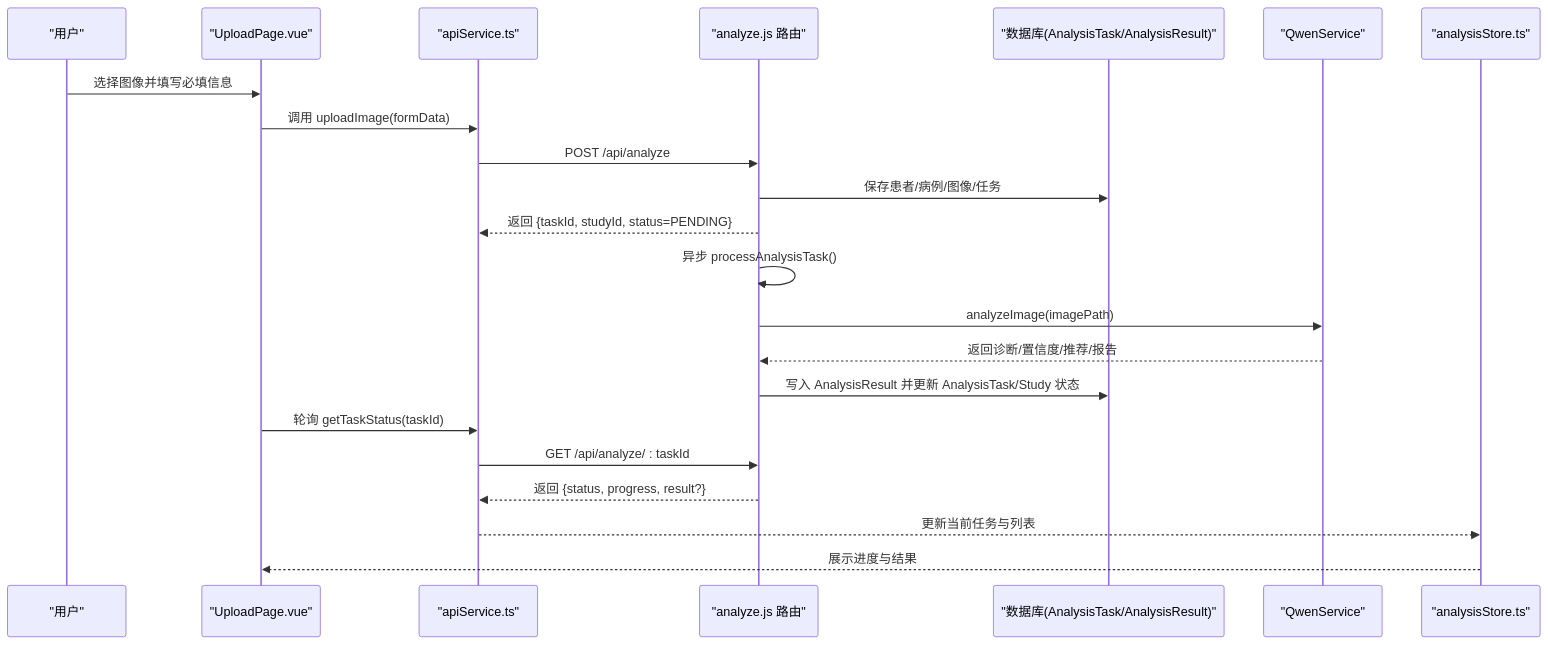
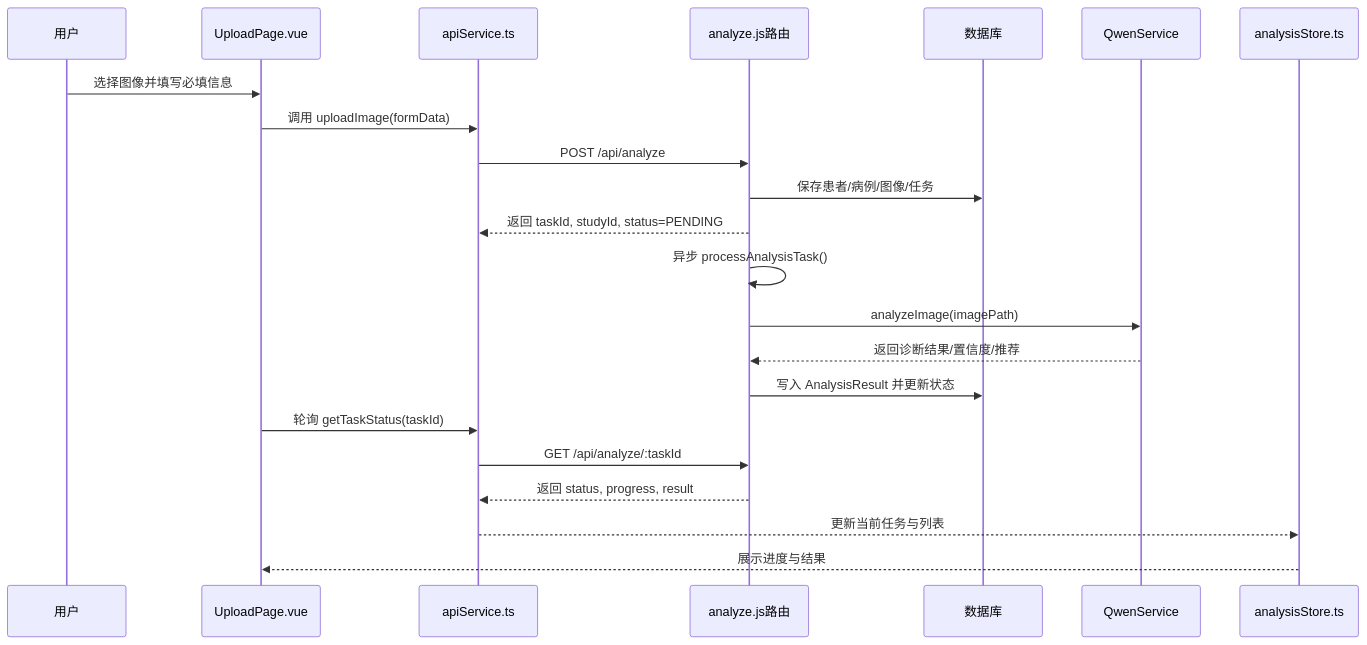
One commit to xingranya/CervixDetectAI changed the second of 6 diagrams in wiki/后端架构/API端点参考/AI分析API/AI分析同步创建说明.md. Above: the diagram before and after it, drawn with Mermaid. The commit also changed other lines of this file and 35 other files, not shown here.

First line of the commit message:
docs(readme): 优化并统一项目文档中的流程图与说明

````diff
--- a/wiki/后端架构/API端点参考/AI分析API/AI分析同步创建说明.md
+++ b/wiki/后端架构/API端点参考/AI分析API/AI分析同步创建说明.md
@@ -103,24 +91,24 @@
 ```mermaid
 sequenceDiagram
-participant U as "用户"
-participant V as "UploadPage.vue"
-participant S as "apiService.ts"
-participant R as "analyze.js 路由"
-participant DB as "数据库(AnalysisTask/AnalysisResult)"
-participant Q as "QwenService"
-participant ST as "analysisStore.ts"
+participant U as 用户
+participant V as UploadPage.vue
+participant S as apiService.ts
+participant R as analyze.js路由
+participant DB as 数据库
+participant Q as QwenService
+participant ST as analysisStore.ts
 U->>V : 选择图像并填写必填信息
 V->>S : 调用 uploadImage(formData)
 S->>R : POST /api/analyze
 R->>DB : 保存患者/病例/图像/任务
-R-->>S : 返回 {taskId, studyId, status=PENDING}
+R-->>S : 返回 taskId, studyId, status=PENDING
 R->>R : 异步 processAnalysisTask()
 R->>Q : analyzeImage(imagePath)
-Q-->>R : 返回诊断/置信度/推荐/报告
-R->>DB : 写入 AnalysisResult 并更新 AnalysisTask/Study 状态
+Q-->>R : 返回诊断结果/置信度/推荐
+R->>DB : 写入 AnalysisResult 并更新状态
 V->>S : 轮询 getTaskStatus(taskId)
-S->>R : GET /api/analyze/ : taskId
-R-->>S : 返回 {status, progress, result?}
+S->>R : GET /api/analyze/:taskId
+R-->>S : 返回 status, progress, result
 S-->>ST : 更新当前任务与列表
 ST-->>V : 展示进度与结果
 ```
````
